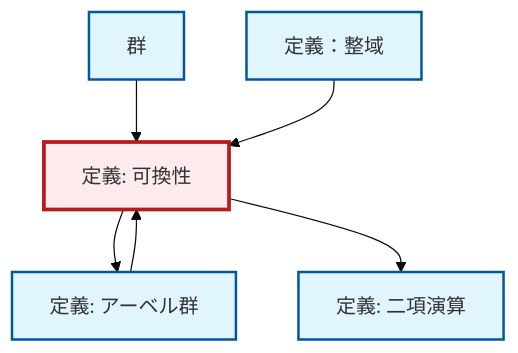
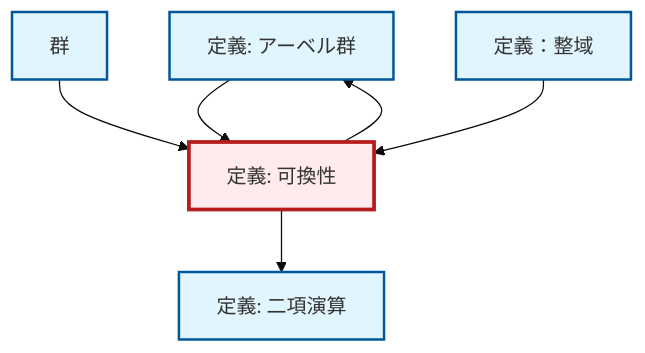
The diagram in content/ja/algebra/def-commutativity.qmd (RK0429/ModernMath), drawn with Mermaid (base theme) before and after one commit. The commit also changed other lines of this file and 1012 other files, not shown here.

````diff
--- a/content/ja/algebra/def-commutativity.qmd
+++ b/content/ja/algebra/def-commutativity.qmd
@@ -102,24 +102,24 @@
 ```{mermaid}
 %%| fig-cap: "Local dependency graph"
 graph TD
     classDef definition fill:#e1f5fe,stroke:#01579b,stroke-width:2px
     classDef theorem fill:#f3e5f5,stroke:#4a148c,stroke-width:2px
     classDef axiom fill:#fff3e0,stroke:#e65100,stroke-width:2px
     classDef example fill:#e8f5e9,stroke:#1b5e20,stroke-width:2px
     classDef current fill:#ffebee,stroke:#b71c1c,stroke-width:3px
+    def-binary-operation["定義: 二項演算"]:::definition
+    def-abelian-group["定義: アーベル群"]:::definition
     def-commutativity["定義: 可換性"]:::definition
-    def-binary-operation["定義: 二項演算"]:::definition
     def-integral-domain["定義：整域"]:::definition
-    def-abelian-group["定義: アーベル群"]:::definition
     def-group["群"]:::definition
     def-abelian-group --> def-commutativity
+    def-group --> def-commutativity
+    def-integral-domain --> def-commutativity
+    def-commutativity --> def-binary-operation
     def-commutativity --> def-abelian-group
-    def-group --> def-commutativity
-    def-commutativity --> def-binary-operation
-    def-integral-domain --> def-commutativity
     class def-commutativity current
     click def-binary-operation "def-binary-operation.html" "二項演算の定義へ"
+    click def-abelian-group "def-abelian-group.html" "アーベル群の定義へ"
     click def-integral-domain "def-integral-domain.html" "定義：整域へ"
-    click def-abelian-group "def-abelian-group.html" "アーベル群の定義へ"
     click def-group "def-group.html" "群へ"
 ```
````
